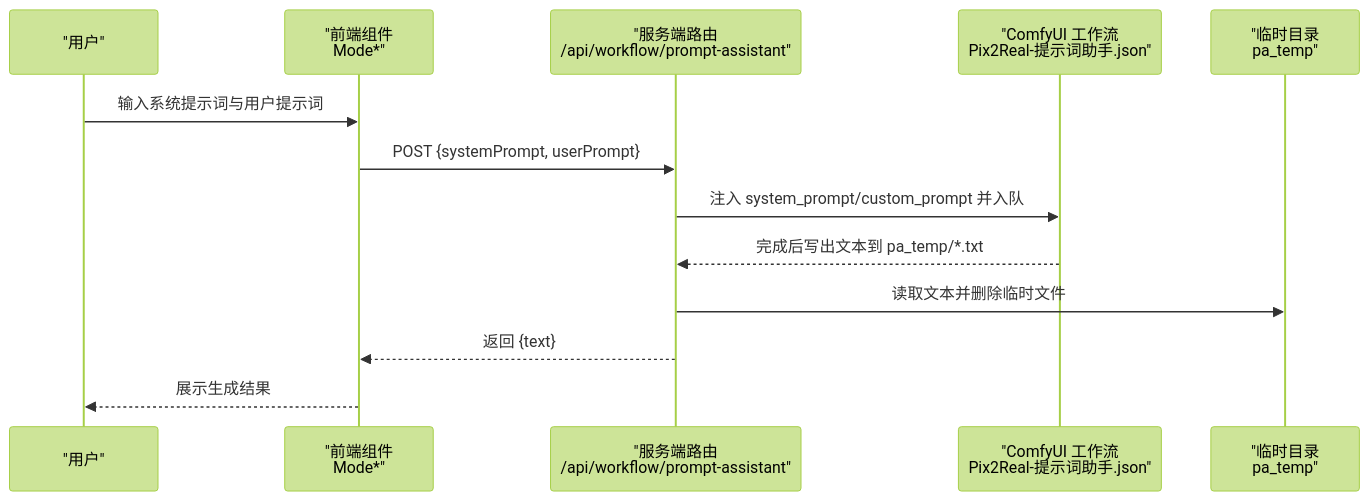
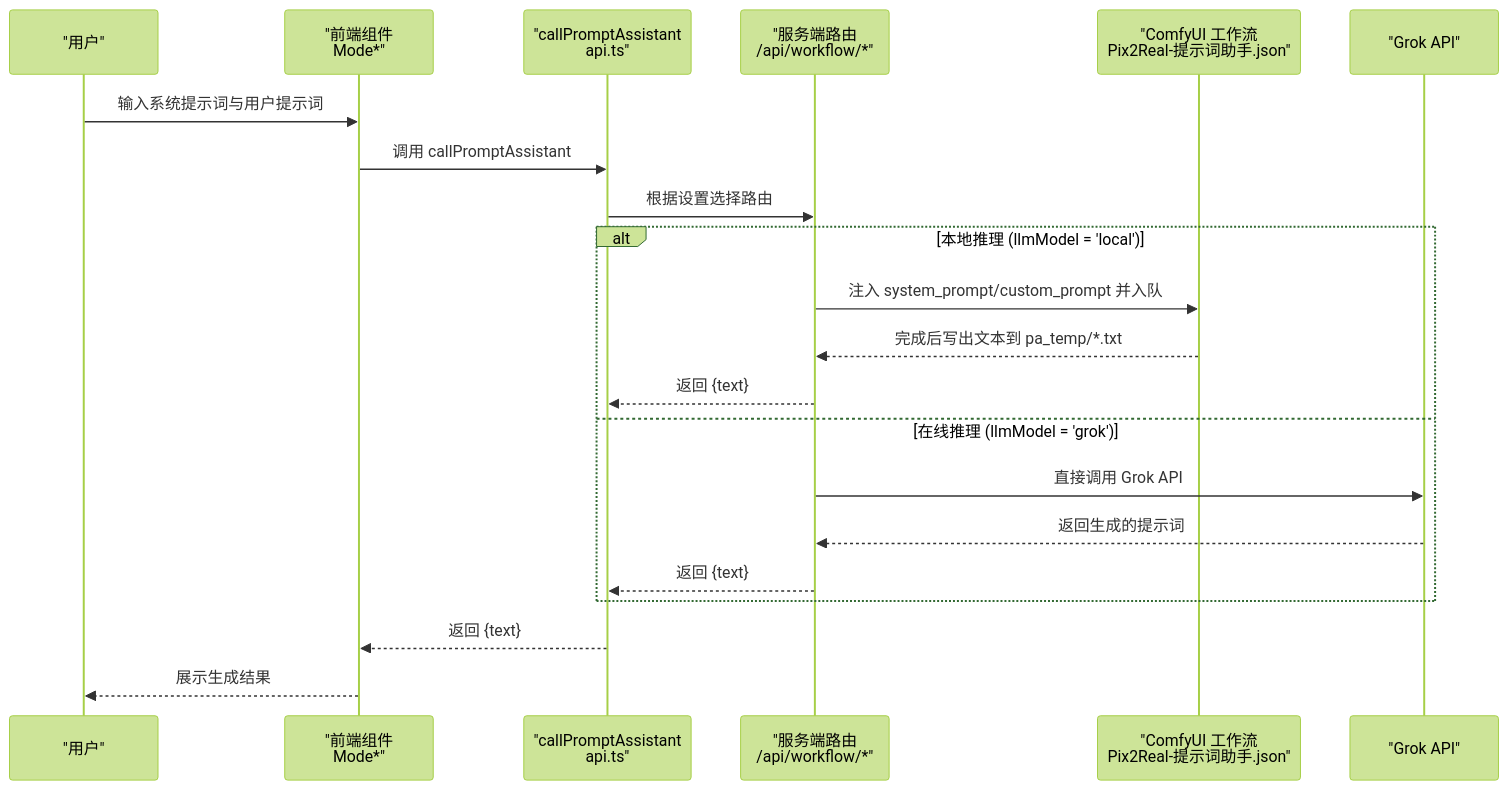
The second of 6 diagrams in .qoder/repowiki/zh/content/专业功能/提示词助手.md (billye220670/CorineKit_Pix2Real), drawn with Mermaid (forest theme) before and after one commit. The commit also changed other lines of this file and 11 other files, not shown here.

````diff
--- a/.qoder/repowiki/zh/content/专业功能/提示词助手.md
+++ b/.qoder/repowiki/zh/content/专业功能/提示词助手.md
@@ -138,15 +154,23 @@
 ```mermaid
 sequenceDiagram
 participant U as "用户"
 participant FE as "前端组件<br/>Mode*"
-participant API as "服务端路由<br/>/api/workflow/prompt-assistant"
+participant API as "callPromptAssistant<br/>api.ts"
+participant SRV as "服务端路由<br/>/api/workflow/*"
 participant WF as "ComfyUI 工作流<br/>Pix2Real-提示词助手.json"
-participant FS as "临时目录<br/>pa_temp"
+participant GROK as "Grok API"
 U->>FE : 输入系统提示词与用户提示词
-FE->>API : POST {systemPrompt, userPrompt}
-API->>WF : 注入 system_prompt/custom_prompt 并入队
-WF-->>API : 完成后写出文本到 pa_temp/*.txt
-API->>FS : 读取文本并删除临时文件
+FE->>API : 调用 callPromptAssistant
+API->>SRV : 根据设置选择路由
+alt 本地推理 (llmModel = 'local')
+SRV->>WF : 注入 system_prompt/custom_prompt 并入队
+WF-->>SRV : 完成后写出文本到 pa_temp/*.txt
+SRV-->>API : 返回 {text}
+else 在线推理 (llmModel = 'grok')
+SRV->>GROK : 直接调用 Grok API
+GROK-->>SRV : 返回生成的提示词
+SRV-->>API : 返回 {text}
+end
 API-->>FE : 返回 {text}
 FE-->>U : 展示生成结果
 ```
````
